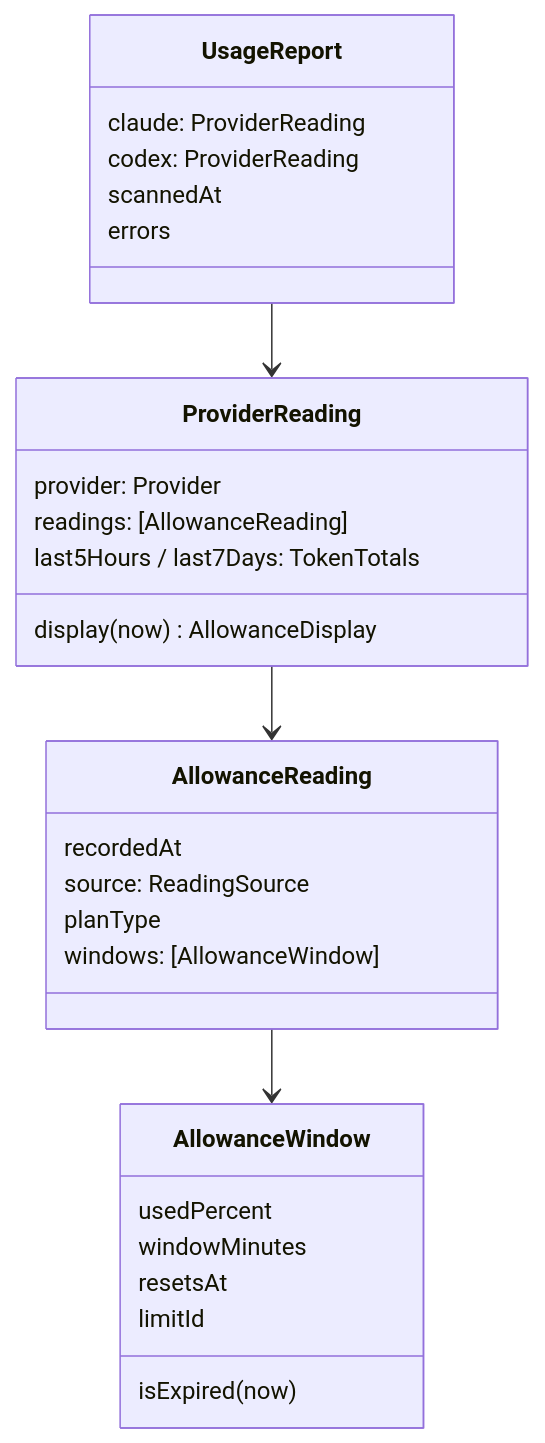
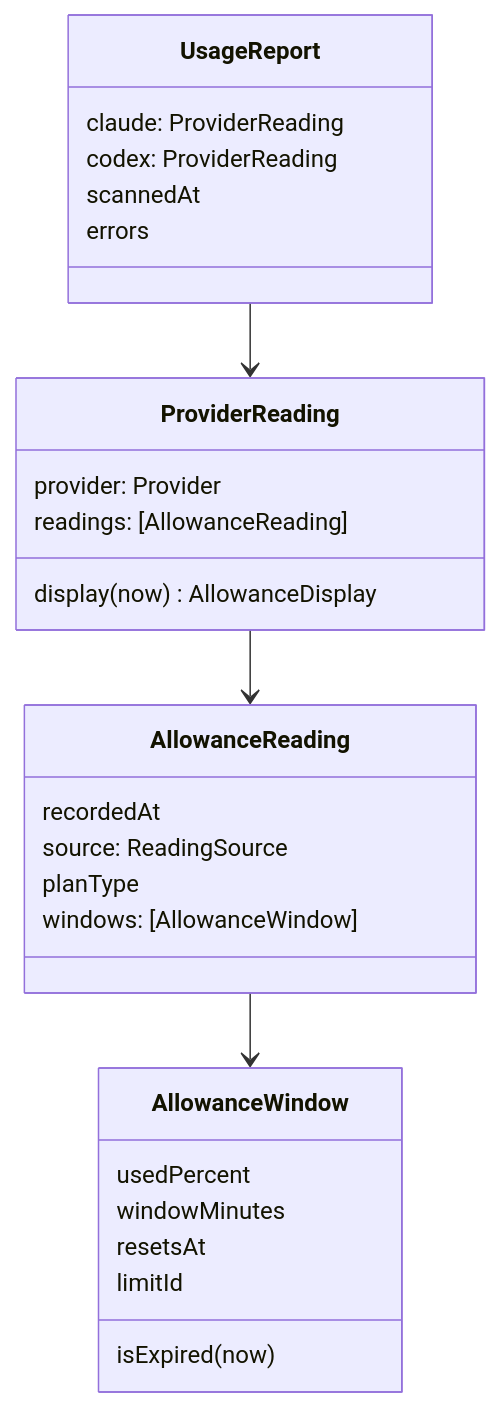
The fourth of 6 diagrams in docs/ARCHITECTURE.md (PrajwalSR/ai_usage_meter), drawn with Mermaid before and after one commit. The commit also changed other lines of this file and 29 other files, not shown here.

````diff
--- a/docs/ARCHITECTURE.md
+++ b/docs/ARCHITECTURE.md
@@ -117,31 +116,30 @@
 ```mermaid
 classDiagram
     class UsageReport {
         claude: ProviderReading
         codex: ProviderReading
         scannedAt
         errors
     }
     class ProviderReading {
         provider: Provider
         readings: [AllowanceReading]
-        last5Hours / last7Days: TokenTotals
         display(now) AllowanceDisplay
     }
     class AllowanceReading {
         recordedAt
         source: ReadingSource
         planType
         windows: [AllowanceWindow]
     }
     class AllowanceWindow {
         usedPercent
         windowMinutes
         resetsAt
         limitId
         isExpired(now)
     }
     UsageReport --> ProviderReading
     ProviderReading --> AllowanceReading
     AllowanceReading --> AllowanceWindow
 ```
````
